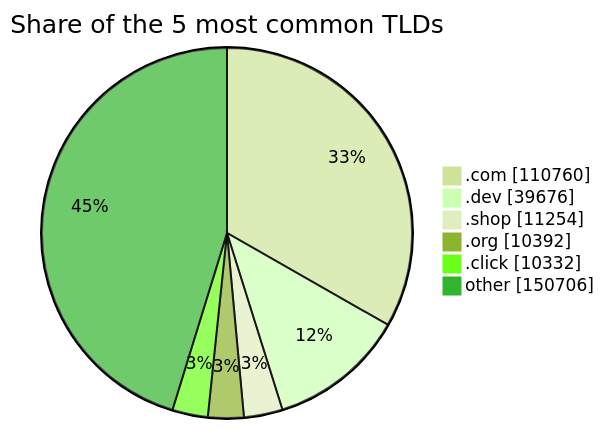
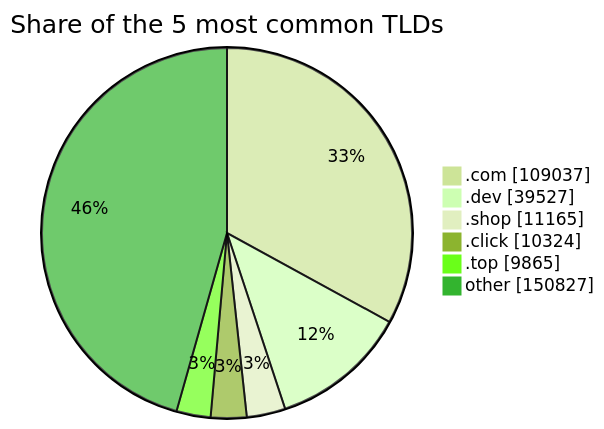
One commit to DNSBunker/CTI changed the third of 3 diagrams in README.md. Above: the diagram before and after it, drawn with Mermaid (forest theme). The commit also changed other lines of this file and 3 other files, not shown here.

````diff
--- a/README.md
+++ b/README.md
@@ -81,9 +81,9 @@
 ```mermaid
 pie showData title Share of the 5 most common TLDs
-    ".com" : 110760
-    ".dev" : 39676
-    ".shop" : 11254
-    ".org" : 10392
-    ".click" : 10332
-    "other" : 150706
+    ".com" : 109037
+    ".dev" : 39527
+    ".shop" : 11165
+    ".click" : 10324
+    ".top" : 9865
+    "other" : 150827
 ```
````
